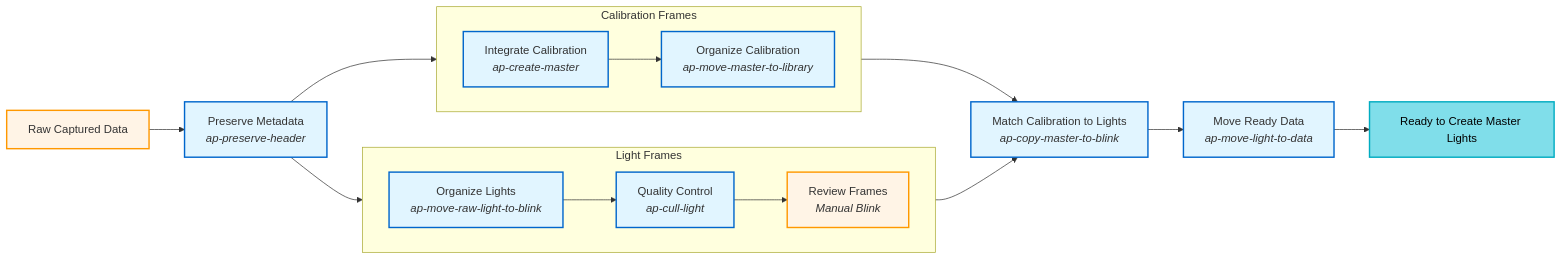
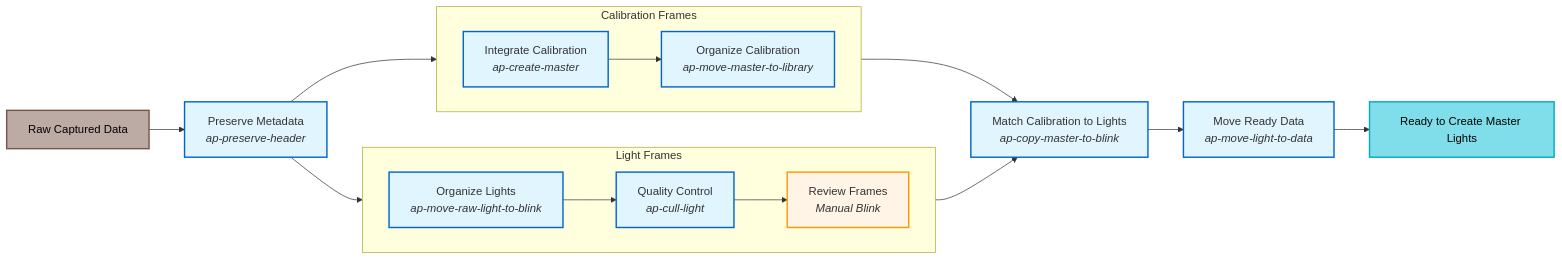
Before and after one commit to jewzaam/ap-base: the eighth of 12 diagrams in docs/presentation-diagrams.md, drawn with Mermaid. The commit also changed other lines of this file, not shown here.

First line of the commit message:
Update submodules and add workflow overview diagrams

````diff
--- a/docs/presentation-diagrams.md
+++ b/docs/presentation-diagrams.md
@@ -224,36 +225,37 @@
 ```mermaid
 flowchart LR
     RAW[Raw Captured Data] --> META["Preserve Metadata<br><i>ap-preserve-header</i>"]
 
     subgraph Lights["Light Frames"]
         direction LR
         L_ORG["Organize Lights<br><i>ap-move-raw-light-to-blink</i>"]
         L_QC["Quality Control<br><i>ap-cull-light</i>"]
         L_REVIEW["Review Frames<br><i>Manual Blink</i>"]
         L_ORG --> L_QC --> L_REVIEW
     end
 
     subgraph Calibration["Calibration Frames"]
         direction LR
         C_INT["Integrate Calibration<br><i>ap-create-master</i>"]
         C_LIB["Organize Calibration<br><i>ap-move-master-to-library</i>"]
         C_INT --> C_LIB
     end
 
     META --> L_ORG
     META --> C_INT
 
     L_REVIEW --> MATCH["Match Calibration to Lights<br><i>ap-copy-master-to-blink</i>"]
     C_LIB --> MATCH
     MATCH --> MOVE["Move Ready Data<br><i>ap-move-light-to-data</i>"]
     MOVE --> READY[Ready to Create Master Lights]
 
     classDef rawStyle fill:#bcaaa4,stroke:#795548,stroke-width:2px,color:#000
     classDef processStyle fill:#e1f5ff,stroke:#0066cc,stroke-width:2px
     classDef manualStyle fill:#fff4e6,stroke:#ff9800,stroke-width:2px
     classDef masterStyle fill:#80deea,stroke:#00acc1,stroke-width:2px,color:#000
 
     class META,L_ORG,L_QC,C_INT,C_LIB,MATCH,MOVE processStyle
-    class RAW,L_REVIEW manualStyle
+    class RAW rawStyle
+    class L_REVIEW manualStyle
     class READY masterStyle
 ```
````
